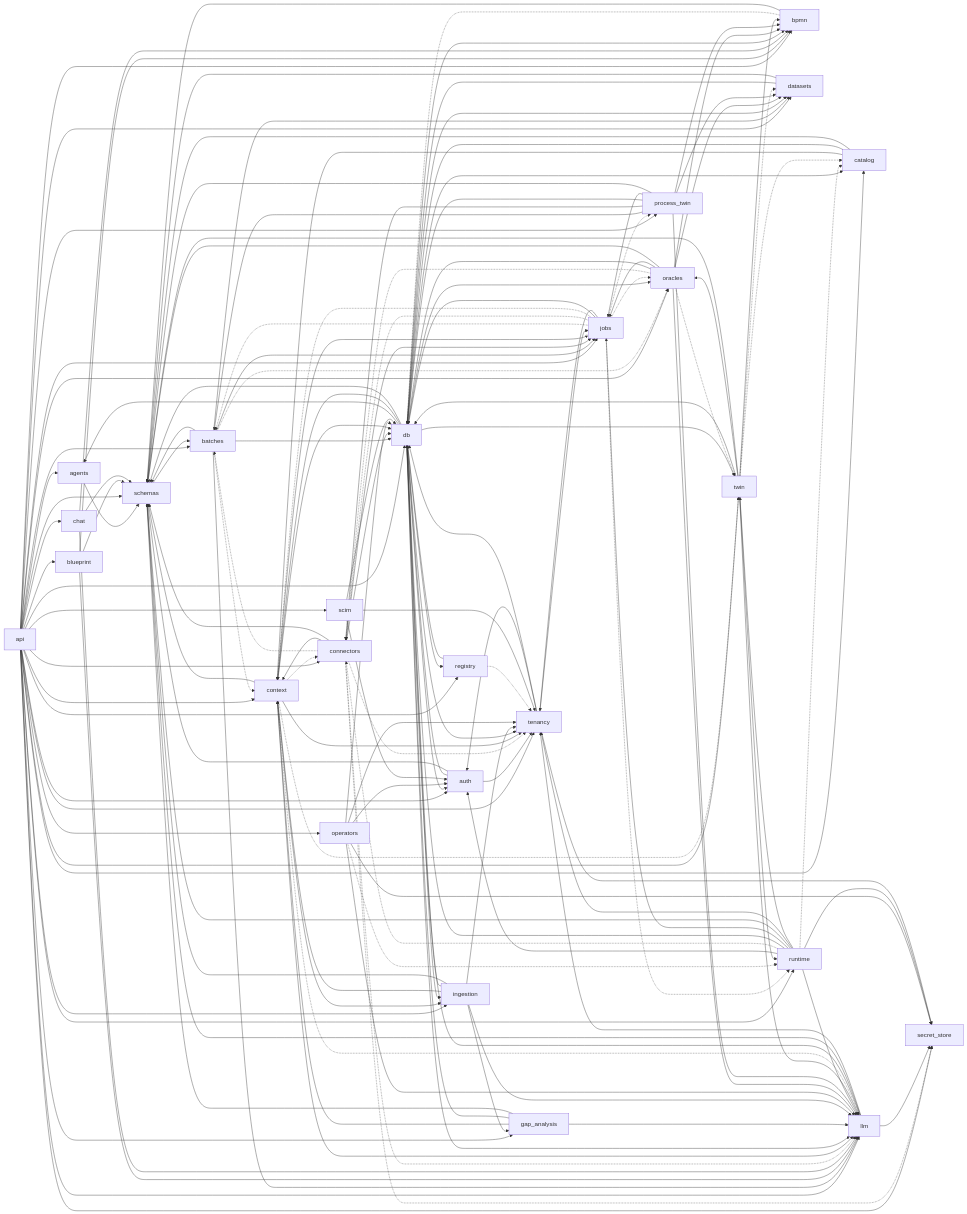
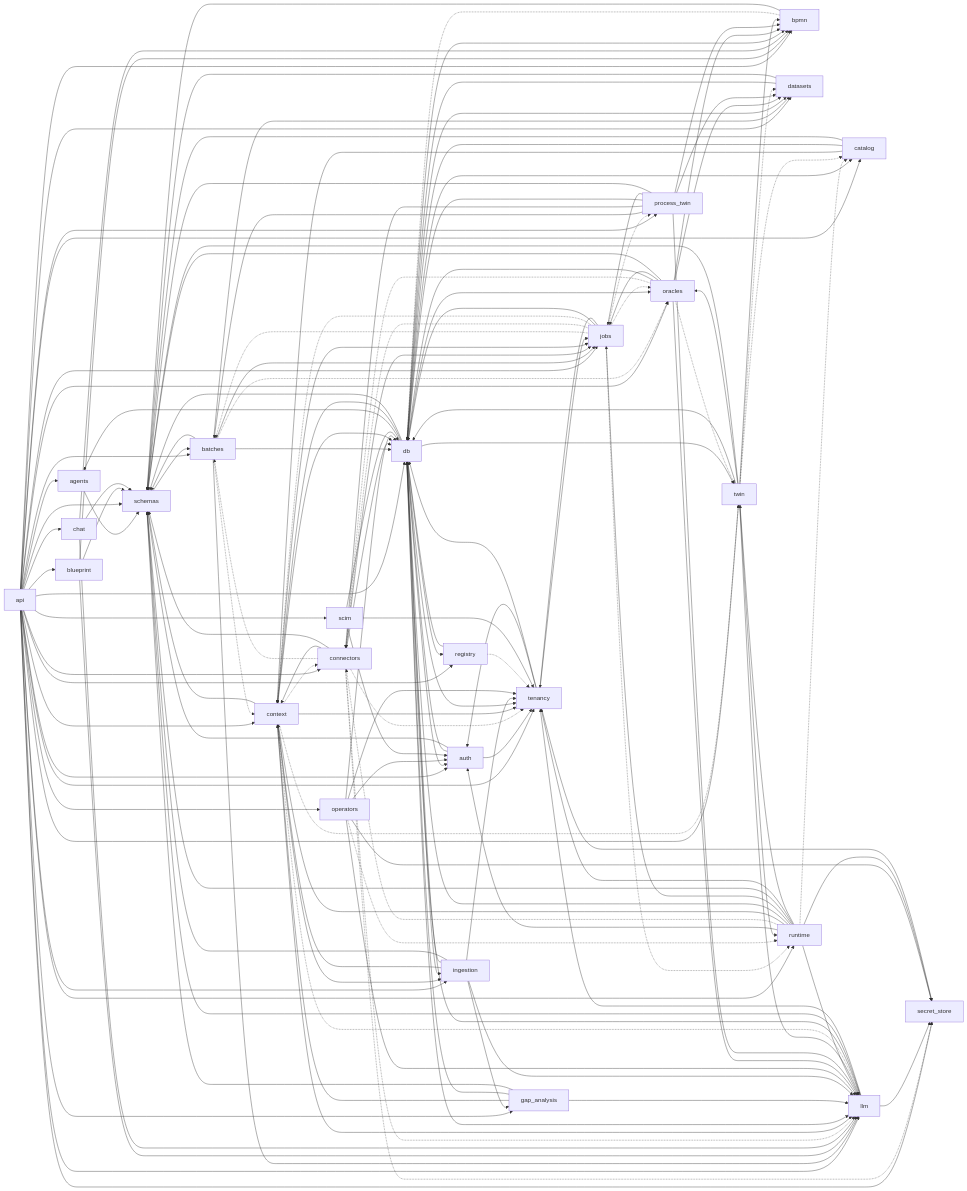
The third of 8 diagrams in docs/wiki/Architecture.md (jayendukumar/agentify), drawn with Mermaid before and after one commit. The commit also changed other lines of this file and 40 other files, not shown here.

```diff
--- a/docs/wiki/Architecture.md
+++ b/docs/wiki/Architecture.md
@@ -252,6 +252,7 @@
     runtime --> auth
     runtime -.-> catalog
     runtime -.-> connectors
+    runtime --> context
     runtime --> db
     runtime --> jobs
     runtime --> llm
```
